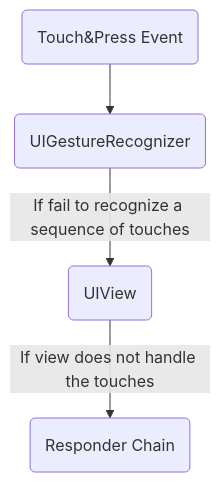
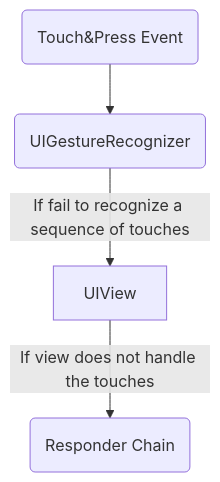
The first of 2 diagrams in _posts/2018-12-03-Hand Drawing.md (LeeGwangYong/Blog-jasper-Storage), drawn with Mermaid before and after one commit. The commit also changed other lines of this file, not shown here.

````diff
--- a/_posts/2018-12-03-Hand Drawing.md
+++ b/_posts/2018-12-03-Hand Drawing.md
@@ -69,10 +70,10 @@
 ```mermaid
 graph TD
 event(Touch&Press Event)
 gesture(UIGestureRecognizer)
-view(UIView)
+view[UIView]
 responderChain(Responder Chain)
 event-->gesture
 gesture--If fail to recognize a sequence of touches-->view
 view--If view does not handle the touches-->responderChain
 ```
````
